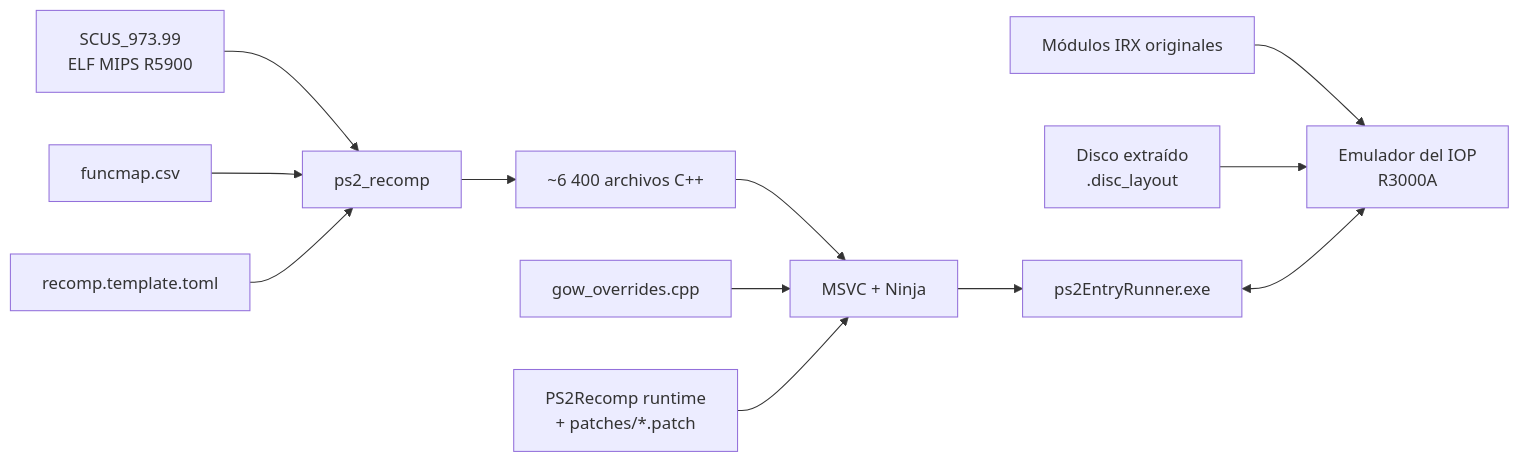
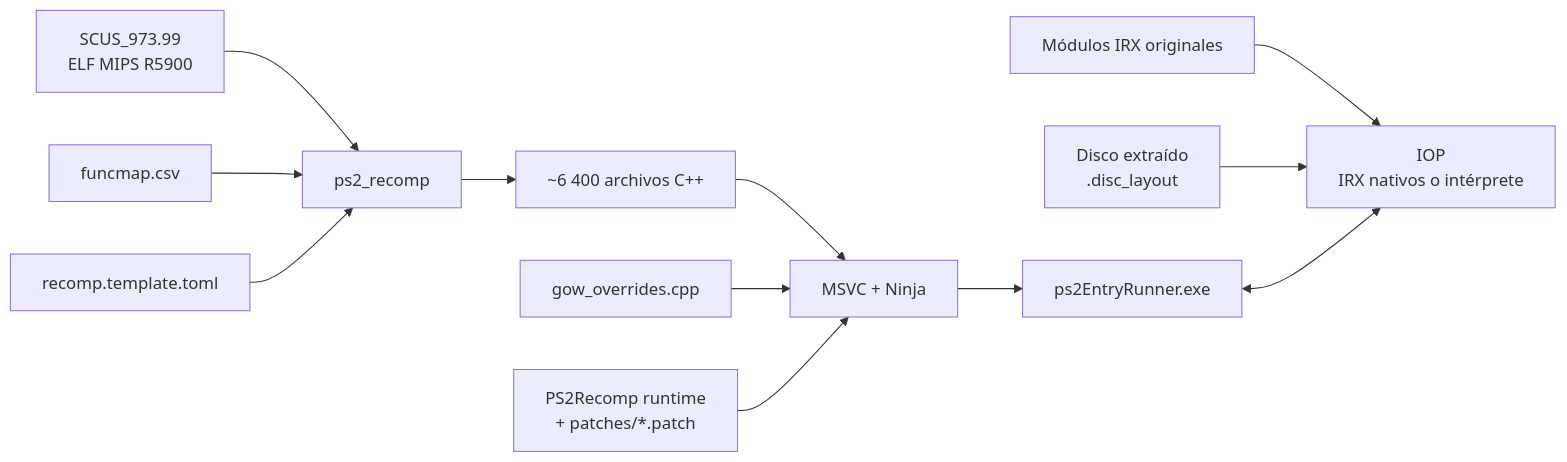
One commit to KIexster/god-of-war-recomp changed the diagram in README.es.md. Above: the diagram before and after it, drawn with Mermaid. The commit also changed other lines of this file and 11 other files, not shown here.

````diff
--- a/README.es.md
+++ b/README.es.md
@@ -197,14 +202,14 @@
 ```mermaid
 flowchart LR
     A[SCUS_973.99<br/>ELF MIPS R5900] --> B[ps2_recomp]
     M[funcmap.csv] --> B
     C[recomp.template.toml] --> B
     B --> D[~6 400 archivos C++]
     D --> E[MSVC + Ninja]
     O[gow_overrides.cpp] --> E
     P["PS2Recomp runtime<br/>+ patches/*.patch"] --> E
     E --> F[ps2EntryRunner.exe]
-    I[Módulos IRX originales] --> G[Emulador del IOP<br/>R3000A]
+    I[Módulos IRX originales] --> G[IOP<br/>IRX nativos o intérprete]
     ISO["Disco extraído<br/>.disc_layout"] --> G
     F <--> G
 ```
````
